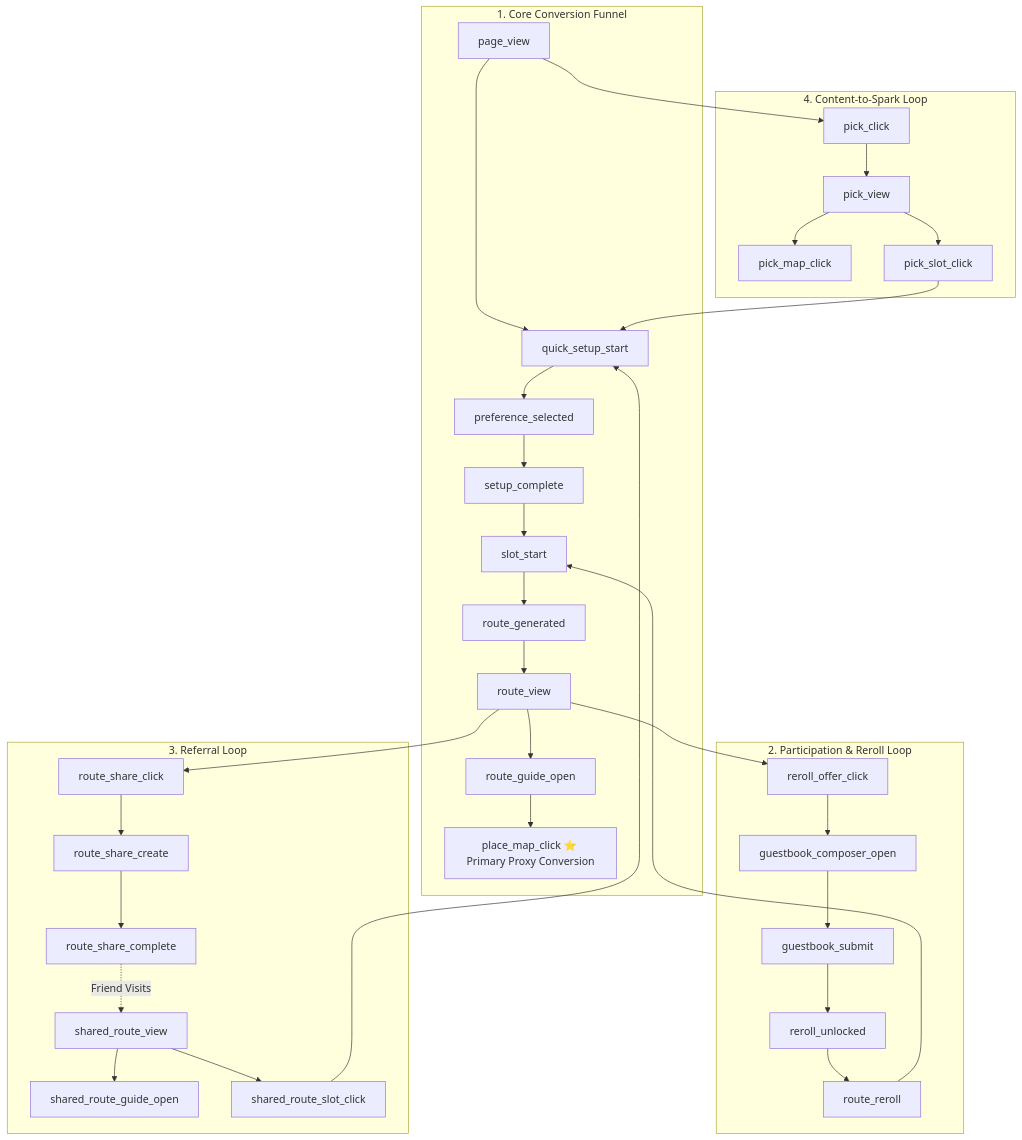
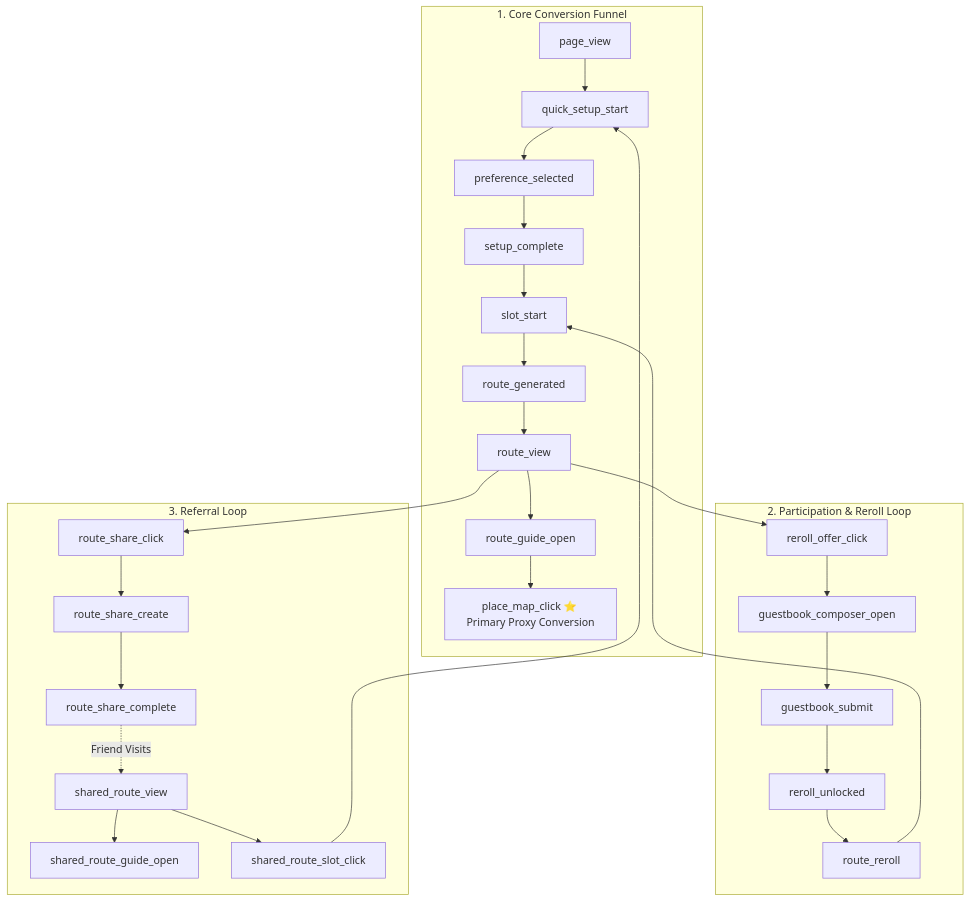
One commit to devchanz/daejeon-random-trip changed the diagram in docs/ANALYTICS.md. Above: the diagram before and after it, drawn with Mermaid. The commit also changed other lines of this file and 13 other files, not shown here.

Commit message:
feat: implement result ticket focus flow

````diff
--- a/docs/ANALYTICS.md
+++ b/docs/ANALYTICS.md
@@ -14,40 +15,32 @@
 ```mermaid
 flowchart TD
     subgraph CoreConversion [1. Core Conversion Funnel]
         A[page_view] --> B[quick_setup_start]
         B --> C[preference_selected]
         C --> D[setup_complete]
         D --> E[slot_start]
         E --> F[route_generated]
         F --> G[route_view]
         G --> H[route_guide_open]
         H --> I[place_map_click ⭐ Primary Proxy Conversion]
     end
 
     subgraph Participation [2. Participation & Reroll Loop]
         G --> J[reroll_offer_click]
         J --> K[guestbook_composer_open]
         K --> L[guestbook_submit]
         L --> M[reroll_unlocked]
         M --> N[route_reroll]
         N --> E
     end
 
     subgraph Referral [3. Referral Loop]
         G --> O[route_share_click]
         O --> P[route_share_create]
         P --> Q[route_share_complete]
         Q -. Friend Visits .-> R[shared_route_view]
         R --> S[shared_route_guide_open]
         R --> T[shared_route_slot_click]
         T --> B
     end
-
-    subgraph ContentPick [4. Content-to-Spark Loop]
-        A --> U[pick_click]
-        U --> V[pick_view]
-        V --> W[pick_map_click]
-        V --> X[pick_slot_click]
-        X --> B
-    end
 ```
````
